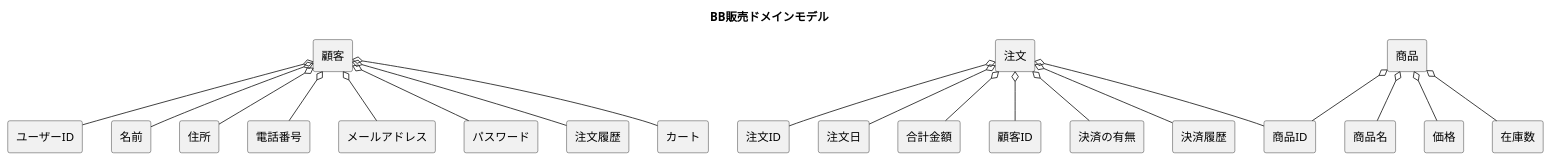
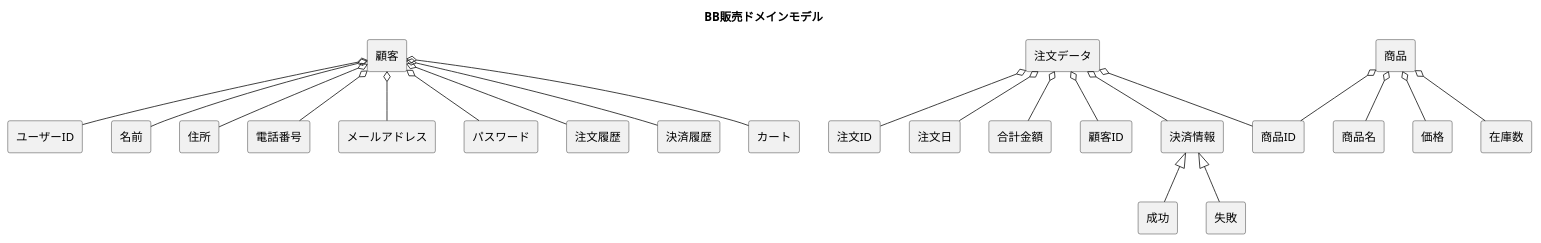
Before and after one commit to FujikawaHirono0520/group3_1_dogdog: the diagram in BB/domain.pu, drawn with PlantUML.

```diff
--- a/BB/domain.pu
+++ b/BB/domain.pu
@@ -1,28 +1,30 @@
 @startuml
 
 title BB販売ドメインモデル
 skinparam componentStyle rectangle
 [顧客] o-- [ユーザーID]
 [顧客] o-- [名前]
 [顧客] o-- [住所]
 [顧客] o-- [電話番号]
 [顧客] o-- [メールアドレス]
 [顧客] o-- [パスワード]
 [顧客] o-- [注文履歴]
+[顧客] o-- [決済履歴]
 [顧客] o-- [カート]
 
-[注文] o-- [注文ID]
-[注文] o-- [注文日]
-[注文] o-- [合計金額]
-[注文] o-- [顧客ID]
-[注文] o-- [商品ID]
-[注文] o-- [決済の有無]
-[注文] o-- [決済履歴]
+[注文データ] o-- [注文ID]
+[注文データ] o-- [注文日]
+[注文データ] o-- [合計金額]
+[注文データ] o-- [顧客ID]
+[注文データ] o-- [商品ID]
+[注文データ] o-- [決済情報]
+
+[決済情報] <|-- [成功]
+[決済情報] <|-- [失敗]
 
 [商品] o-- [商品ID]
 [商品] o-- [商品名]
 [商品] o-- [価格]
 [商品] o-- [在庫数]
 
-
 @enduml
```
